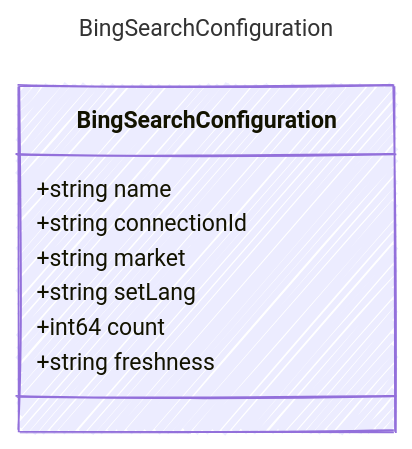
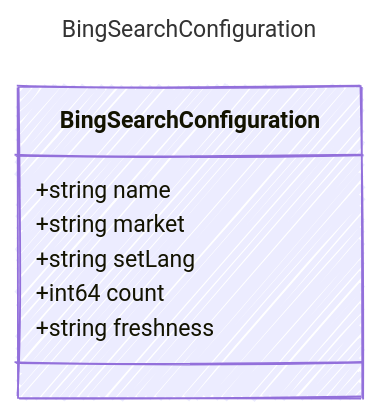
One commit to microsoft/prompty changed the diagram in specification/prompty/docs/BingSearchConfiguration.md. Above: the diagram before and after it, drawn with Mermaid. The commit also changed other lines of this file and 35 other files, not shown here.

````diff
--- a/specification/prompty/docs/BingSearchConfiguration.md
+++ b/specification/prompty/docs/BingSearchConfiguration.md
@@ -7,20 +7,19 @@
 ```mermaid
 ---
 title: BingSearchConfiguration
 config:
   look: handDrawn
   theme: colorful
   class:
     hideEmptyMembersBox: true
 ---
 classDiagram
     class BingSearchConfiguration {
       
         +string name
-        +string connectionId
         +string market
         +string setLang
         +int64 count
         +string freshness
     }
 ```
````
